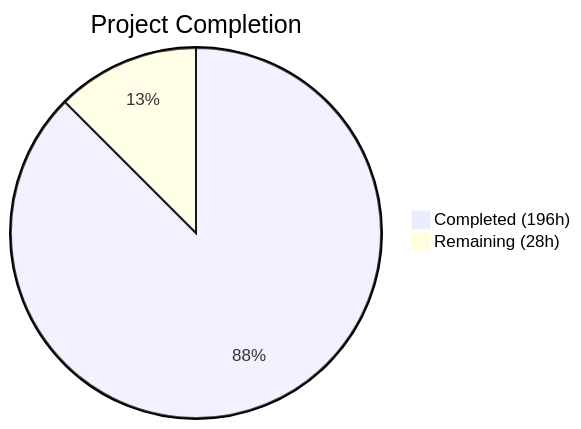
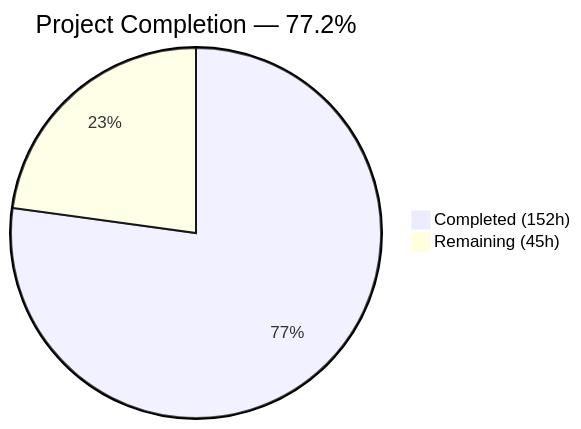
The first of 2 diagrams in blitzy/documentation/Project Guide.md (Blitzy-Sandbox/blitzy-SplendidCRM), drawn with Mermaid before and after one commit. The commit also changed other lines of this file, not shown here.

Commit message:
Adding Blitzy Project Guide: Project Status and Human Tasks Remaining

````diff
--- a/blitzy/documentation/Project Guide.md
+++ b/blitzy/documentation/Project Guide.md
@@ -13,5 +13,5 @@
 ```mermaid
-pie title Project Completion
-    "Completed (196h)" : 196
-    "Remaining (28h)" : 28
+pie title Project Completion — 77.2%
+    "Completed (152h)" : 152
+    "Remaining (45h)" : 45
 ```
````
